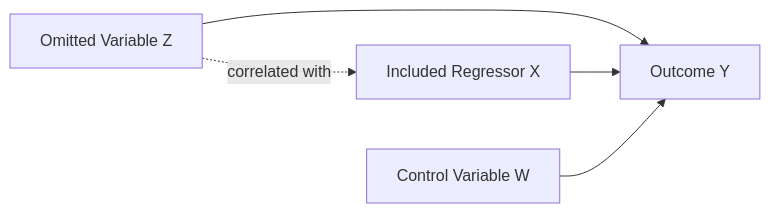
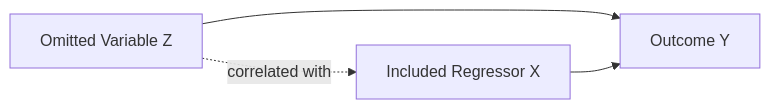
The first of 2 diagrams in problems/problem-1d-omitted-variable-bias/README.md (Dossiya-SE/dossiyadakou-mac-project), drawn with Mermaid before and after one commit. The commit also changed other lines of this file, not shown here.

````diff
--- a/problems/problem-1d-omitted-variable-bias/README.md
+++ b/problems/problem-1d-omitted-variable-bias/README.md
@@ -231,7 +271,6 @@
 ```mermaid
 flowchart LR
     Z[Omitted Variable Z] --> Y[Outcome Y]
     X[Included Regressor X] --> Y
-    W[Control Variable W] --> Y
     Z -. correlated with .-> X
 ```
````
